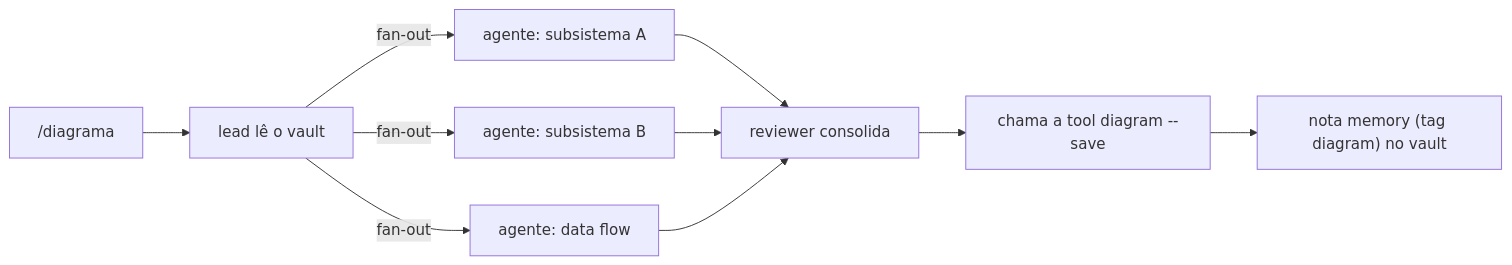
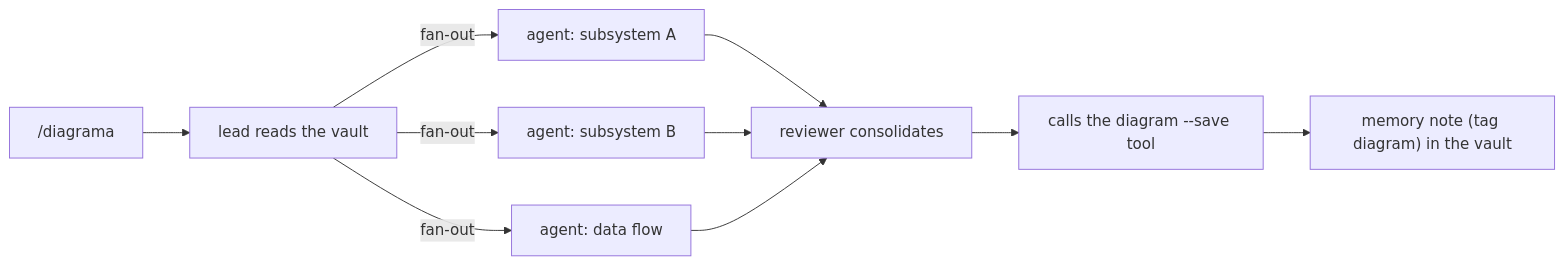
The fourth of 4 diagrams in docs/ARCHITECTURE-PHASE-3.md (MatheusChiodi/AgentTeam-Memory), drawn with Mermaid before and after one commit. The commit also changed other lines of this file and 49 other files, not shown here.

````diff
--- a/docs/ARCHITECTURE-PHASE-3.md
+++ b/docs/ARCHITECTURE-PHASE-3.md
@@ -197,10 +197,10 @@
 ```mermaid
 flowchart LR
-  U["/diagrama"] --> LEAD["lead lê o vault"]
-  LEAD -->|fan-out| A1["agente: subsistema A"]
-  LEAD -->|fan-out| A2["agente: subsistema B"]
-  LEAD -->|fan-out| A3["agente: data flow"]
-  A1 & A2 & A3 --> REV["reviewer consolida"]
-  REV --> ENG["chama a tool diagram --save"]
-  ENG --> NOTE["nota memory (tag diagram) no vault"]
+  U["/diagrama"] --> LEAD["lead reads the vault"]
+  LEAD -->|fan-out| A1["agent: subsystem A"]
+  LEAD -->|fan-out| A2["agent: subsystem B"]
+  LEAD -->|fan-out| A3["agent: data flow"]
+  A1 & A2 & A3 --> REV["reviewer consolidates"]
+  REV --> ENG["calls the diagram --save tool"]
+  ENG --> NOTE["memory note (tag diagram) in the vault"]
 ```
````
